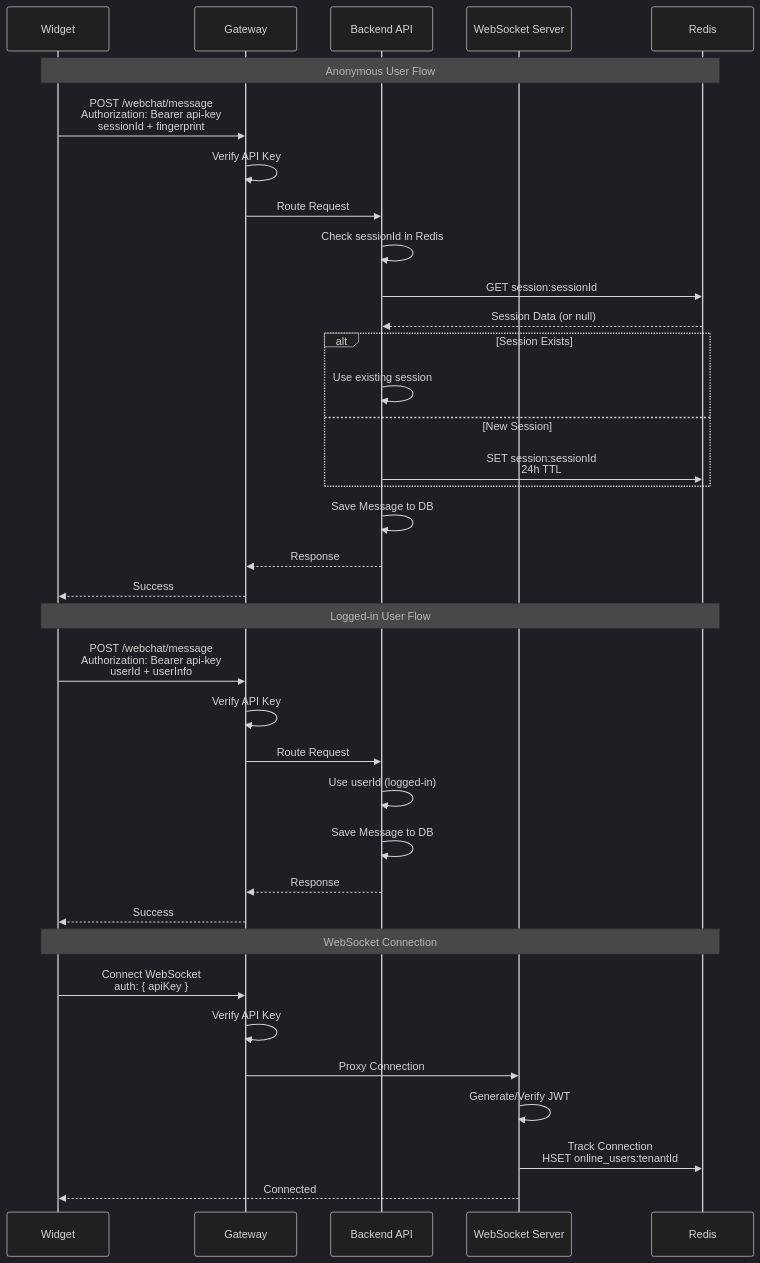
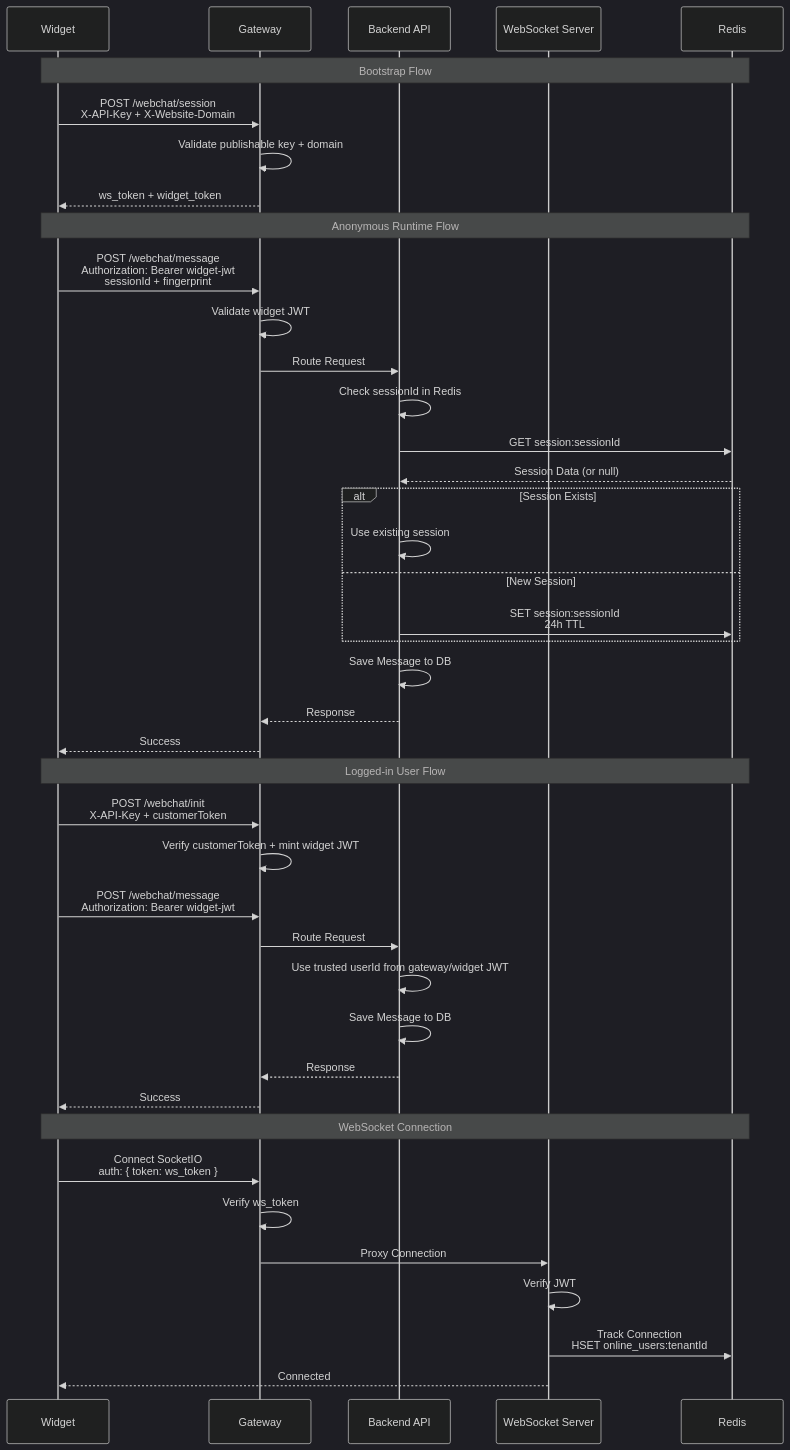
The second of 5 diagrams in docs/SYSTEM_FLOW.md (DFCflow/amoiq-chat-widget), drawn with Mermaid (dark theme) before and after one commit. The commit also changed other lines of this file and 10 other files, not shown here.

First line of the commit message:
feat(widget): ship publishable key auth flow

````diff
--- a/docs/SYSTEM_FLOW.md
+++ b/docs/SYSTEM_FLOW.md
@@ -117,41 +117,47 @@
 ```mermaid
 sequenceDiagram
     participant W as Widget
     participant G as Gateway
     participant B as Backend API
     participant WS as WebSocket Server
     participant R as Redis
 
-    Note over W,R: Anonymous User Flow
-    W->>G: POST /webchat/message<br/>Authorization: Bearer api-key<br/>sessionId + fingerprint
-    G->>G: Verify API Key
+    Note over W,R: Bootstrap Flow
+    W->>G: POST /webchat/session<br/>X-API-Key + X-Website-Domain
+    G->>G: Validate publishable key + domain
+    G-->>W: ws_token + widget_token
+
+    Note over W,R: Anonymous Runtime Flow
+    W->>G: POST /webchat/message<br/>Authorization: Bearer widget-jwt<br/>sessionId + fingerprint
+    G->>G: Validate widget JWT
     G->>B: Route Request
     B->>B: Check sessionId in Redis
     B->>R: GET session:sessionId
     R-->>B: Session Data (or null)
     alt Session Exists
         B->>B: Use existing session
     else New Session
         B->>R: SET session:sessionId<br/>24h TTL
     end
     B->>B: Save Message to DB
     B-->>G: Response
     G-->>W: Success
 
     Note over W,R: Logged-in User Flow
-    W->>G: POST /webchat/message<br/>Authorization: Bearer api-key<br/>userId + userInfo
-    G->>G: Verify API Key
+    W->>G: POST /webchat/init<br/>X-API-Key + customerToken
+    G->>G: Verify customerToken + mint widget JWT
+    W->>G: POST /webchat/message<br/>Authorization: Bearer widget-jwt
     G->>B: Route Request
-    B->>B: Use userId (logged-in)
+    B->>B: Use trusted userId from gateway/widget JWT
     B->>B: Save Message to DB
     B-->>G: Response
     G-->>W: Success
 
     Note over W,R: WebSocket Connection
-    W->>G: Connect WebSocket<br/>auth: { apiKey }
-    G->>G: Verify API Key
+    W->>G: Connect SocketIO<br/>auth: { token: ws_token }
+    G->>G: Verify ws_token
     G->>WS: Proxy Connection
-    WS->>WS: Generate/Verify JWT
+    WS->>WS: Verify JWT
     WS->>R: Track Connection<br/>HSET online_users:tenantId
     WS-->>W: Connected
 ```
````
